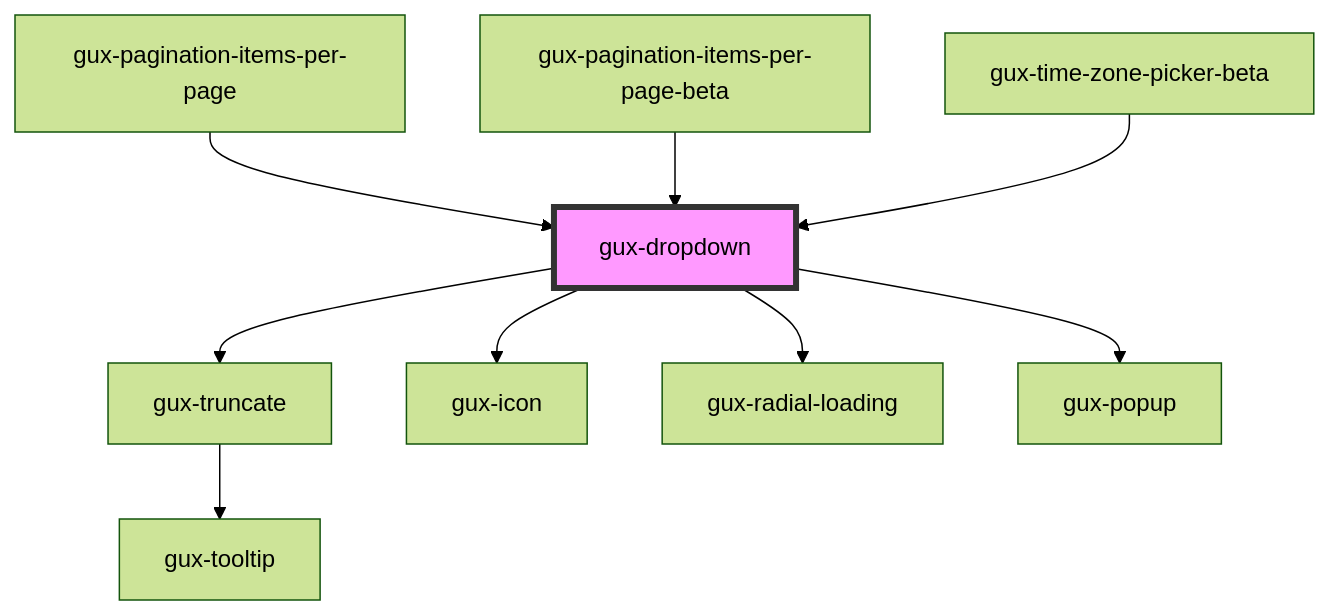
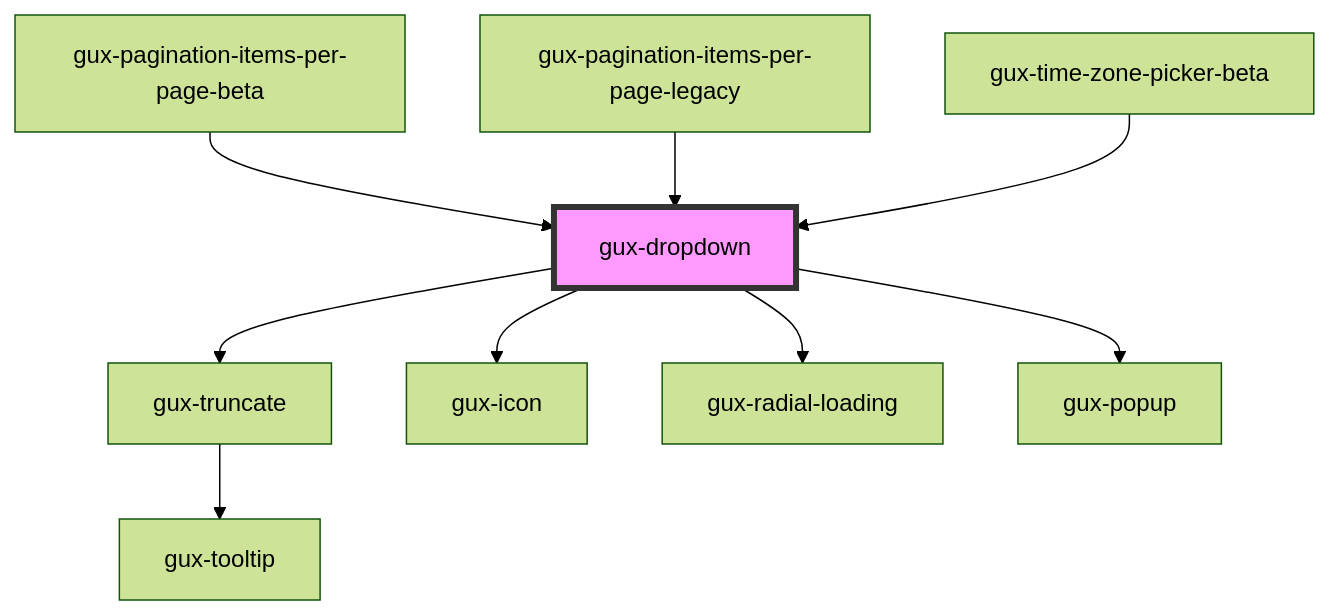
One commit to MyPureCloud/genesys-spark changed the diagram in packages/genesys-spark-components/src/components/stable/gux-dropdown/readme.md. Above: the diagram before and after it, drawn with Mermaid (forest theme). The commit also changed other lines of this file and 59 other files, not shown here.

First line of the commit message:
refactor(pagination): move from stable to legacy

````diff
--- a/packages/genesys-spark-components/src/components/stable/gux-dropdown/readme.md
+++ b/packages/genesys-spark-components/src/components/stable/gux-dropdown/readme.md
@@ -59,12 +59,12 @@
 ```mermaid
 graph TD;
   gux-dropdown --> gux-truncate
   gux-dropdown --> gux-icon
   gux-dropdown --> gux-radial-loading
   gux-dropdown --> gux-popup
   gux-truncate --> gux-tooltip
-  gux-pagination-items-per-page --> gux-dropdown
   gux-pagination-items-per-page-beta --> gux-dropdown
+  gux-pagination-items-per-page-legacy --> gux-dropdown
   gux-time-zone-picker-beta --> gux-dropdown
   style gux-dropdown fill:#f9f,stroke:#333,stroke-width:4px
 ```
````
